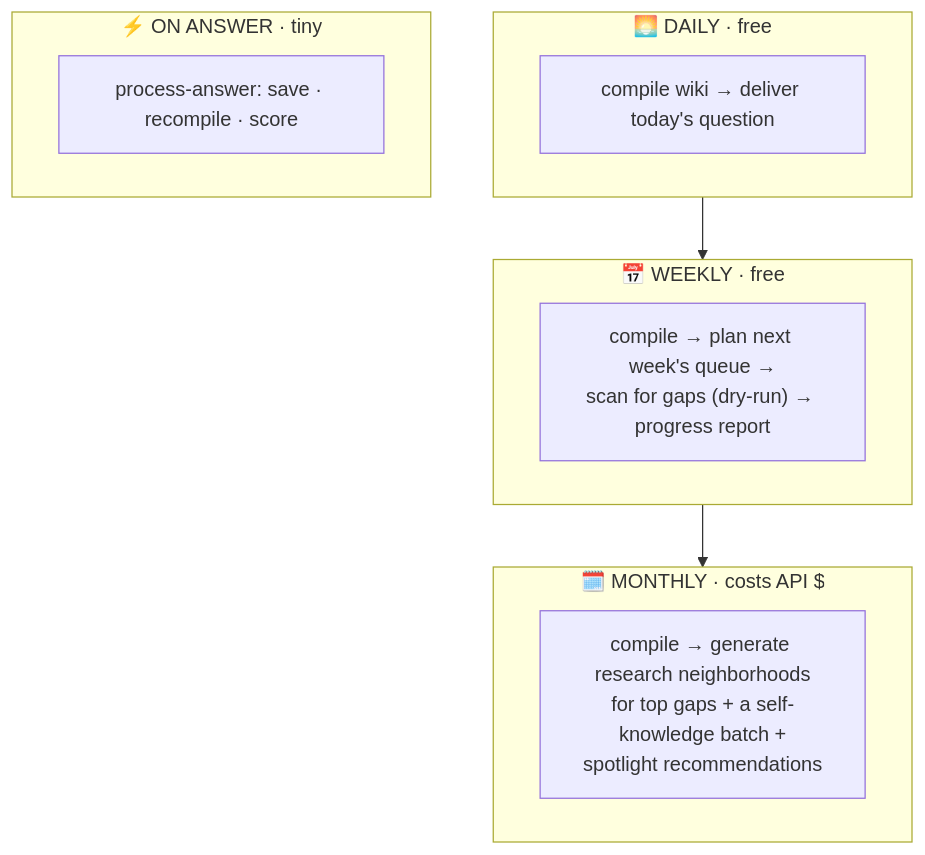
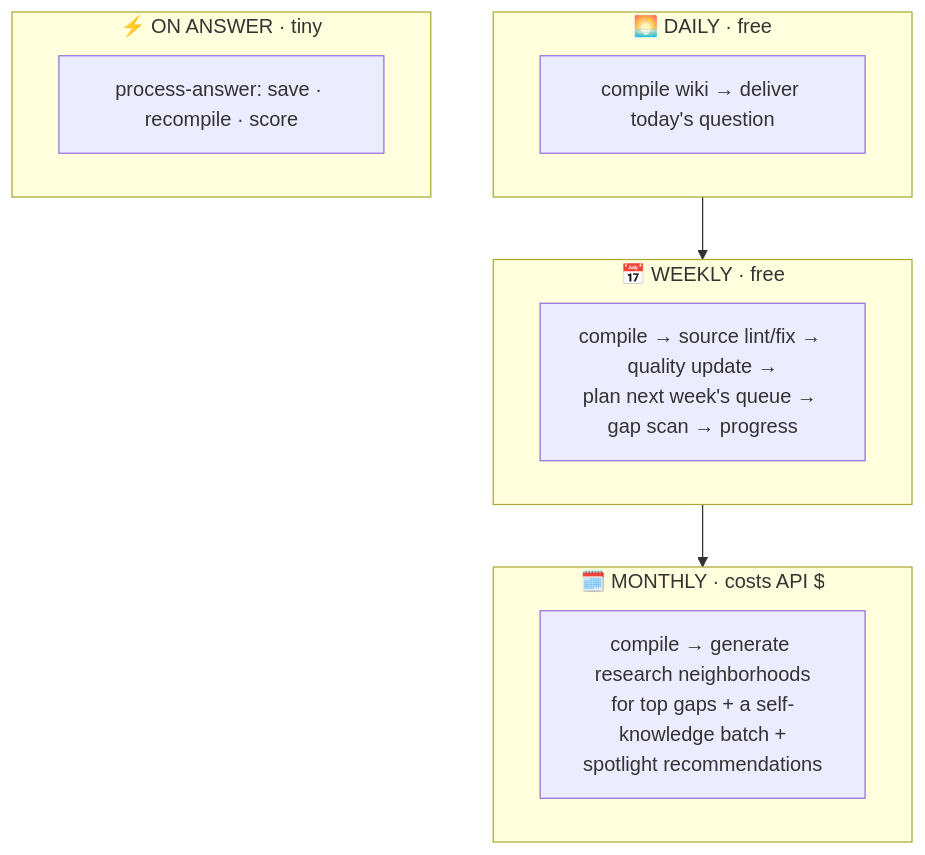
Before and after one commit to lifehug/lifehug: the ninth of 9 diagrams in README.md, drawn with Mermaid. The commit also changed other lines of this file and 12 other files, not shown here.

````diff
--- a/README.md
+++ b/README.md
@@ -301,16 +301,16 @@
 ```mermaid
 flowchart TB
     subgraph d["🌅 DAILY · free"]
         D1["compile wiki → deliver today's question"]
     end
     subgraph w["📅 WEEKLY · free"]
-        W1["compile → plan next week's queue →<br/>scan for gaps (dry-run) → progress report"]
+        W1["compile → source lint/fix → quality update →<br/>plan next week's queue → gap scan → progress"]
     end
     subgraph m["🗓️ MONTHLY · costs API $"]
         M1["compile → generate research neighborhoods<br/>for top gaps + a self-knowledge batch +<br/>spotlight recommendations"]
     end
     subgraph e["⚡ ON ANSWER · tiny"]
         E1["process-answer: save · recompile · score"]
     end
     d --> w --> m
 ```
````
